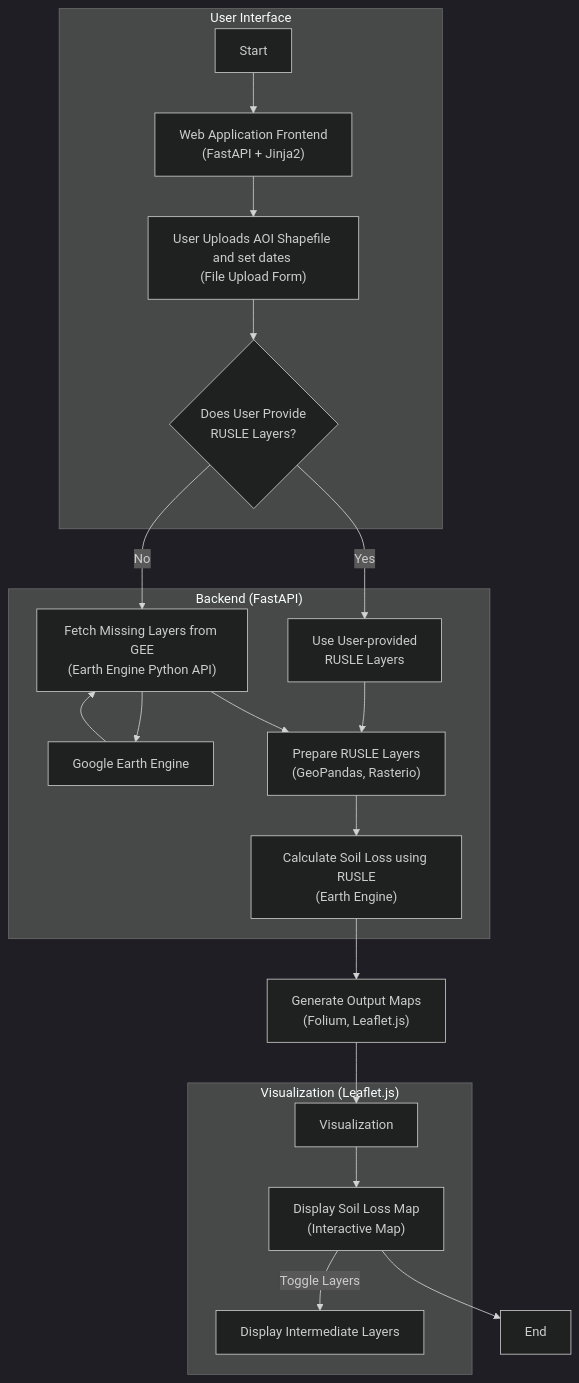
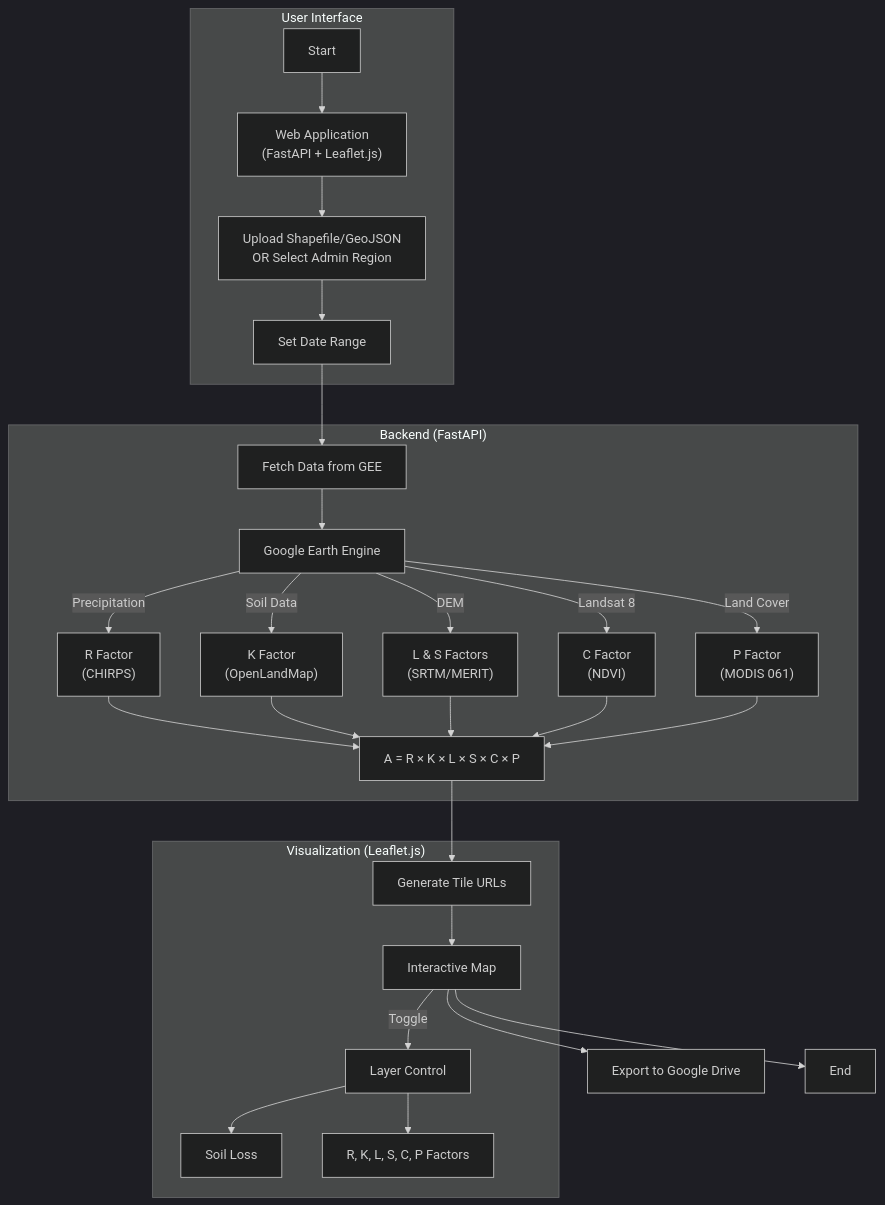
One commit to nriveras/RUSLE changed the diagram in README.md. Above: the diagram before and after it, drawn with Mermaid (dark theme). The commit also changed other lines of this file, not shown here.

Commit message:
Update README.md: Enhance web application section and clarify project structure

````diff
--- a/README.md
+++ b/README.md
@@ -111,28 +151,31 @@
 ```mermaid
 graph TD
     subgraph "User Interface"
-        Start[Start] --> UI["Web Application Frontend<br>(FastAPI + Jinja2)<br/>"]
-        UI --> InputAOI["User Uploads AOI Shapefile and set dates <br>(File Upload Form)<br/>"]
-        InputAOI --> CheckLayers{"Does User Provide<br/>RUSLE Layers?<br>"}
+        Start[Start] --> UI["Web Application<br>(FastAPI + Leaflet.js)"]
+        UI --> InputAOI["Upload Shapefile/GeoJSON<br>OR Select Admin Region"]
+        InputAOI --> SetDates["Set Date Range"]
     end
 
     subgraph "Backend (FastAPI)"
-        CheckLayers --> |Yes| UseUserLayers["Use User-provided<br>RUSLE Layers<br/>"]
-        CheckLayers --> |No| FetchLayers["Fetch Missing Layers from GEE<br>(Earth Engine Python API)<br/>"]
+        SetDates --> FetchLayers["Fetch Data from GEE"]
         FetchLayers --> GEE["Google Earth Engine"]
-        GEE --> FetchLayers
-        UseUserLayers & FetchLayers --> PrepareLayers["Prepare RUSLE Layers<br>(GeoPandas, Rasterio)<br/>"]
-        PrepareLayers --> CalculateRUSLE["Calculate Soil Loss using RUSLE<br>(Earth Engine)<br/>"]
+        GEE --> |Precipitation| R["R Factor<br>(CHIRPS)"]
+        GEE --> |Soil Data| K["K Factor<br>(OpenLandMap)"]
+        GEE --> |DEM| LS["L & S Factors<br>(SRTM/MERIT)"]
+        GEE --> |Landsat 8| C["C Factor<br>(NDVI)"]
+        GEE --> |Land Cover| P["P Factor<br>(MODIS 061)"]
+        R & K & LS & C & P --> Calculate["A = R × K × L × S × C × P"]
     end
 
-    CalculateRUSLE --> GenerateMaps["Generate Output Maps<br>(Folium, Leaflet.js)<br/>"]
-
-    GenerateMaps --> Visualization
+    Calculate --> TileURL["Generate Tile URLs"]
 
     subgraph "Visualization (Leaflet.js)"
-        Visualization --> DisplayResults["Display Soil Loss Map<br>(Interactive Map)<br/>"]
-        DisplayResults --> |Toggle Layers| DisplayIntermediate["Display Intermediate Layers"]
+        TileURL --> Map["Interactive Map"]
+        Map --> |Toggle| Layers["Layer Control"]
+        Layers --> SoilLoss["Soil Loss"]
+        Layers --> Factors["R, K, L, S, C, P Factors"]
     end
 
-    DisplayResults --> End[End]
+    Map --> Export["Export to Google Drive"]
+    Map --> End[End]
 ```
````
